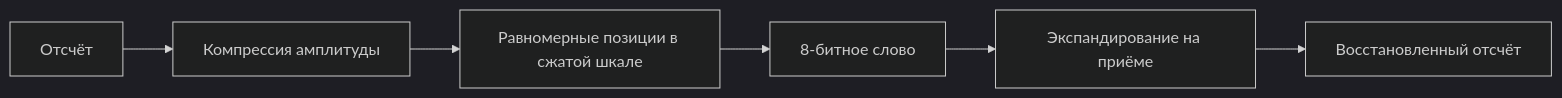
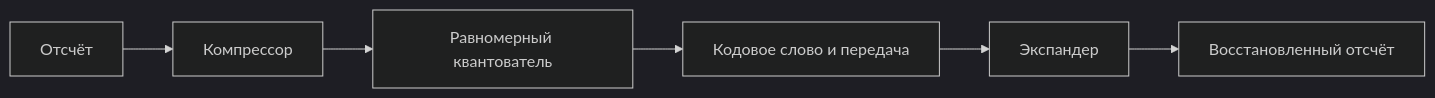
Before and after one commit to temaSW/intro-to-networking: the diagram in course/lectures/03-companding-line-codes.qmd, drawn with Mermaid (dark theme). The commit also changed other lines of this file and 2 other files, not shown here.

````diff
--- a/course/lectures/03-companding-line-codes.qmd
+++ b/course/lectures/03-companding-line-codes.qmd
@@ -21,8 +34,8 @@
 ```{mermaid}
 flowchart LR
-  A[Отсчёт] --> B[Компрессия амплитуды]
-  B --> C[Равномерные позиции в сжатой шкале]
-  C --> D[8-битное слово]
-  D --> E[Экспандирование на приёме]
+  A[Отсчёт] --> B[Компрессор]
+  B --> C[Равномерный квантователь]
+  C --> D[Кодовое слово и передача]
+  D --> E[Экспандер]
   E --> F[Восстановленный отсчёт]
 ```
````
